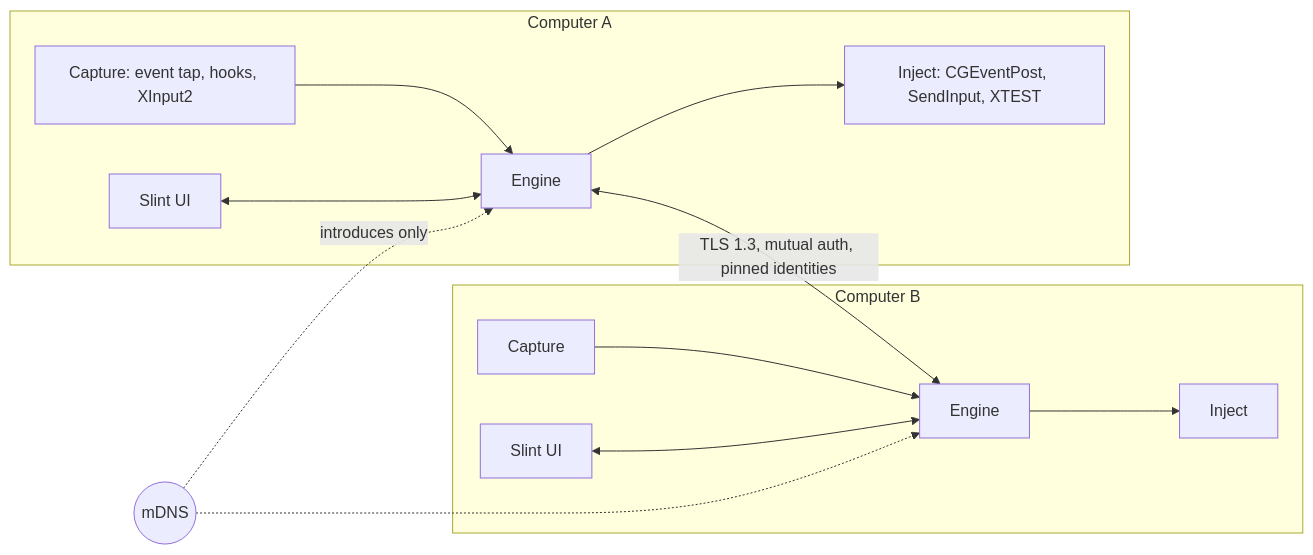
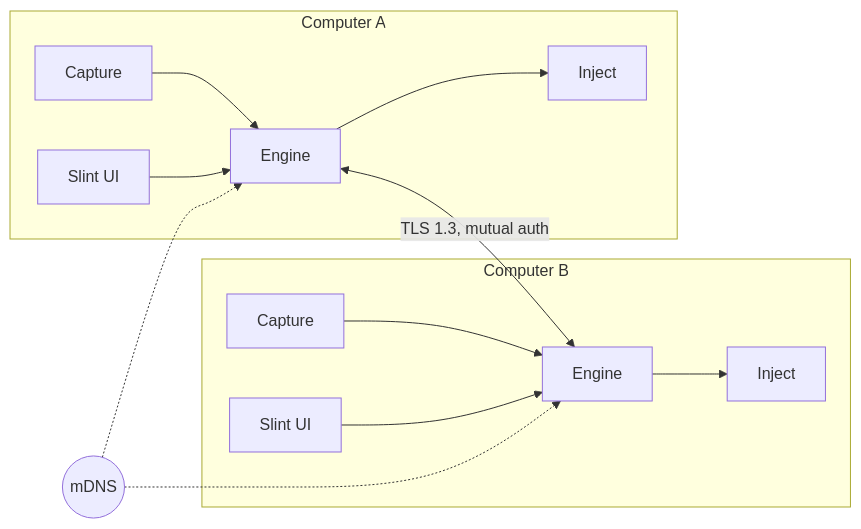
Before and after one commit to KleivinX/SynkFlow: the diagram in README.md, drawn with Mermaid. The commit also changed other lines of this file, not shown here.

Commit message:
README: simpler architecture diagram

````diff
--- a/README.md
+++ b/README.md
@@ -141,16 +141,16 @@
 ```mermaid
 flowchart LR
-    subgraph A[Computer A]
-        capA[Capture: event tap, hooks, XInput2] --> engA[Engine]
-        uiA[Slint UI] <--> engA
-        engA --> injA[Inject: CGEventPost, SendInput, XTEST]
+    subgraph A["Computer A"]
+        capA["Capture"] --> engA["Engine"]
+        uiA["Slint UI"] --> engA
+        engA --> injA["Inject"]
     end
-    subgraph B[Computer B]
-        capB[Capture] --> engB[Engine]
-        uiB[Slint UI] <--> engB
-        engB --> injB[Inject]
+    subgraph B["Computer B"]
+        capB["Capture"] --> engB["Engine"]
+        uiB["Slint UI"] --> engB
+        engB --> injB["Inject"]
     end
-    engA <-->|TLS 1.3, mutual auth, pinned identities| engB
-    mdns((mDNS)) -.->|introduces only| engA
+    engA <-->|"TLS 1.3, mutual auth"| engB
+    mdns(("mDNS")) -.-> engA
     mdns -.-> engB
 ```
````
